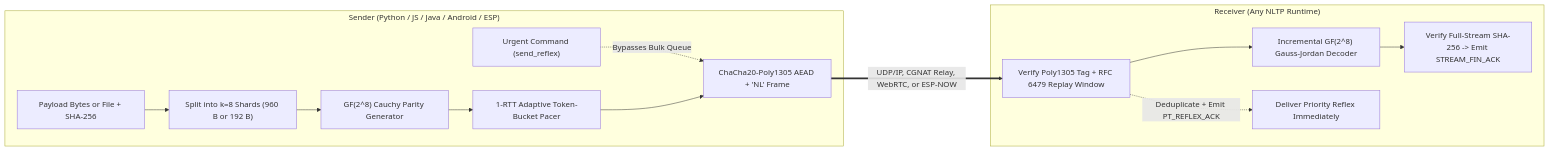
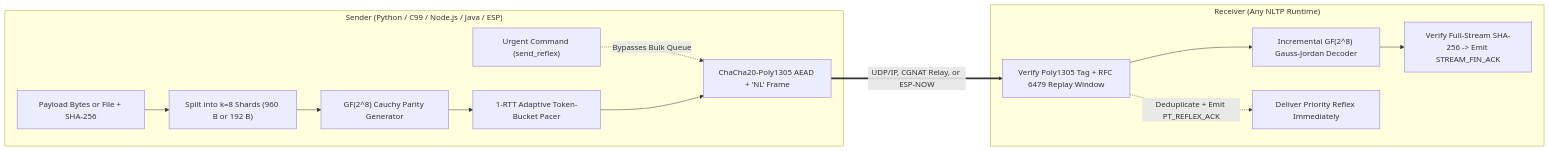
Before and after one commit to indian-aman/necklink: the first of 2 diagrams in packages/nltp/README.md, drawn with Mermaid. The commit also changed other lines of this file and 11 other files, not shown here.

````diff
--- a/packages/nltp/README.md
+++ b/packages/nltp/README.md
@@ -52,18 +52,18 @@
 ```mermaid
 flowchart LR
-    subgraph Sender["Sender (Python / JS / Java / Android / ESP)"]
+    subgraph Sender["Sender (Python / C99 / Node.js / Java / ESP)"]
         S1["Payload Bytes or File + SHA-256"] --> S2["Split into k=8 Shards (960 B or 192 B)"]
         S2 --> S3["GF(2^8) Cauchy Parity Generator"]
         S3 --> S4["1-RTT Adaptive Token-Bucket Pacer"]
         R1["Urgent Command (send_reflex)"] -.->|"Bypasses Bulk Queue"| S5["ChaCha20-Poly1305 AEAD + 'NL' Frame"]
         S4 --> S5
     end
 
-    S5 ===>|"UDP/IP, CGNAT Relay, WebRTC, or ESP-NOW"| RX1
+    S5 ===>|"UDP/IP, CGNAT Relay, or ESP-NOW"| RX1
 
     subgraph Receiver["Receiver (Any NLTP Runtime)"]
         RX1["Verify Poly1305 Tag + RFC 6479 Replay Window"] --> RX2["Incremental GF(2^8) Gauss-Jordan Decoder"]
         RX2 --> RX3["Verify Full-Stream SHA-256 -> Emit STREAM_FIN_ACK"]
         RX1 -.->|"Deduplicate + Emit PT_REFLEX_ACK"| RX4["Deliver Priority Reflex Immediately"]
     end
 ```
````
